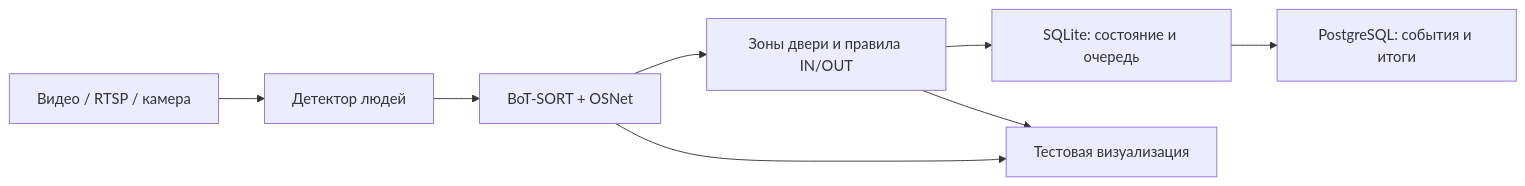
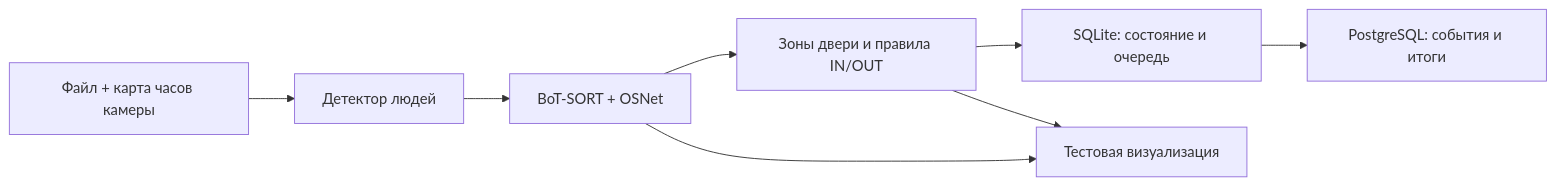
Before and after one commit to F3nd1uwu/bus_passenger_counter: the diagram in README.md, drawn with Mermaid. The commit also changed other lines of this file and 48 other files, not shown here.

````diff
--- a/README.md
+++ b/README.md
@@ -279,10 +279,10 @@
 ```mermaid
 flowchart LR
-    V[Видео / RTSP / камера] --> D[Детектор людей]
+    V[Файл + карта часов камеры] --> D[Детектор людей]
     D --> T[BoT-SORT + OSNet]
     T --> C[Зоны двери и правила IN/OUT]
     C --> S[SQLite: состояние и очередь]
     S --> P[PostgreSQL: события и итоги]
     T --> W[Тестовая визуализация]
     C --> W
 ```
````
